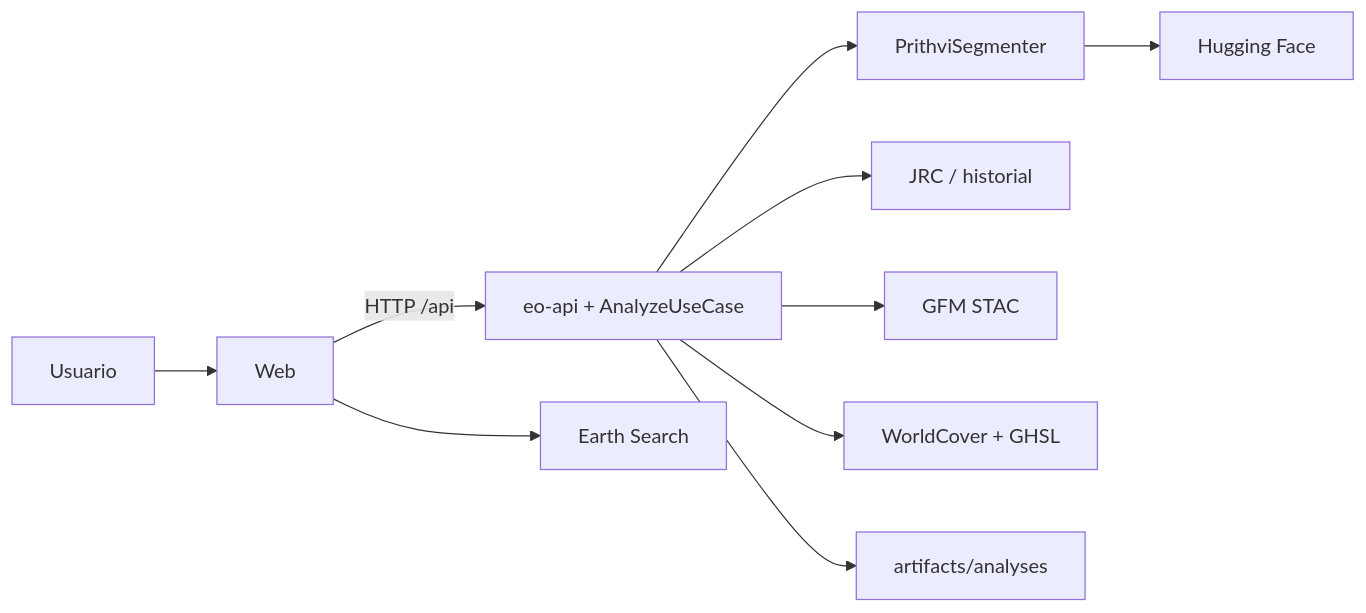
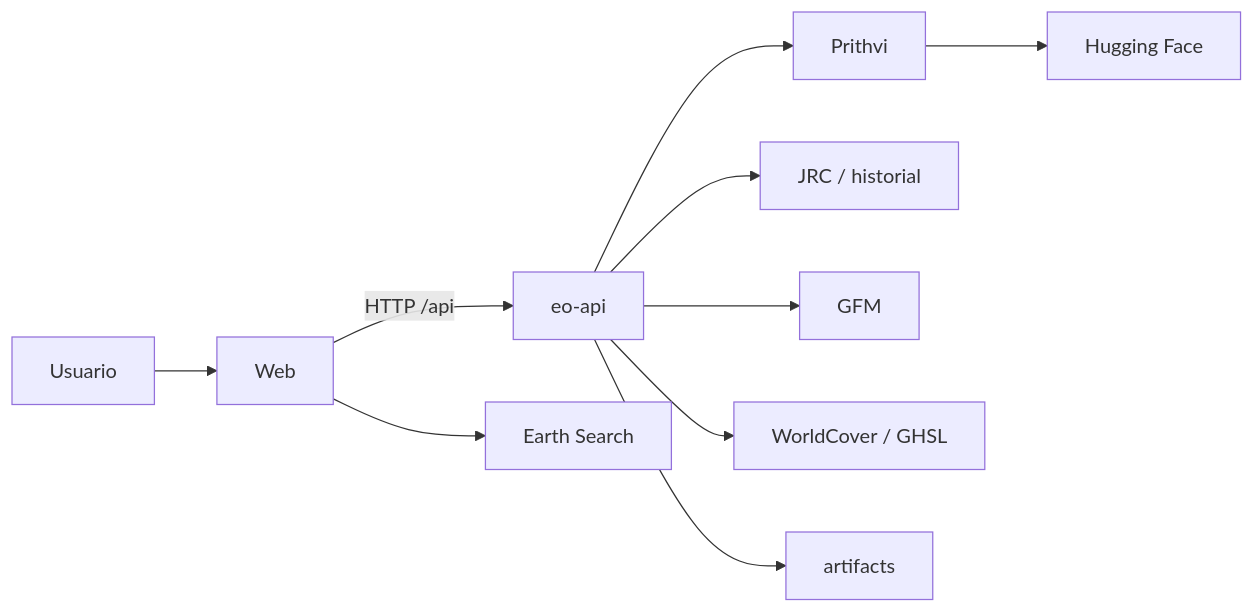
The first of 4 diagrams in docs/SegundoInforme.md (Charlsz/Tune), drawn with Mermaid before and after one commit. The commit also changed other lines of this file, not shown here.

````diff
--- a/docs/SegundoInforme.md
+++ b/docs/SegundoInforme.md
@@ -265,12 +203,12 @@
 ```mermaid
 flowchart LR
   Usuario --> Web
-  Web -->|"HTTP /api"| API["eo-api + AnalyzeUseCase"]
-  API --> Seg[PrithviSegmenter]
+  Web -->|"HTTP /api"| API["eo-api"]
+  API --> Seg[Prithvi]
   Seg --> HF[Hugging Face]
   API --> Ref[JRC / historial]
-  API --> Obs[GFM STAC]
-  API --> Exp[WorldCover + GHSL]
-  API --> Disco["artifacts/analyses"]
+  API --> Obs[GFM]
+  API --> Exp[WorldCover / GHSL]
+  API --> Disco[artifacts]
   Web --> STAC[Earth Search]
 ```
````
